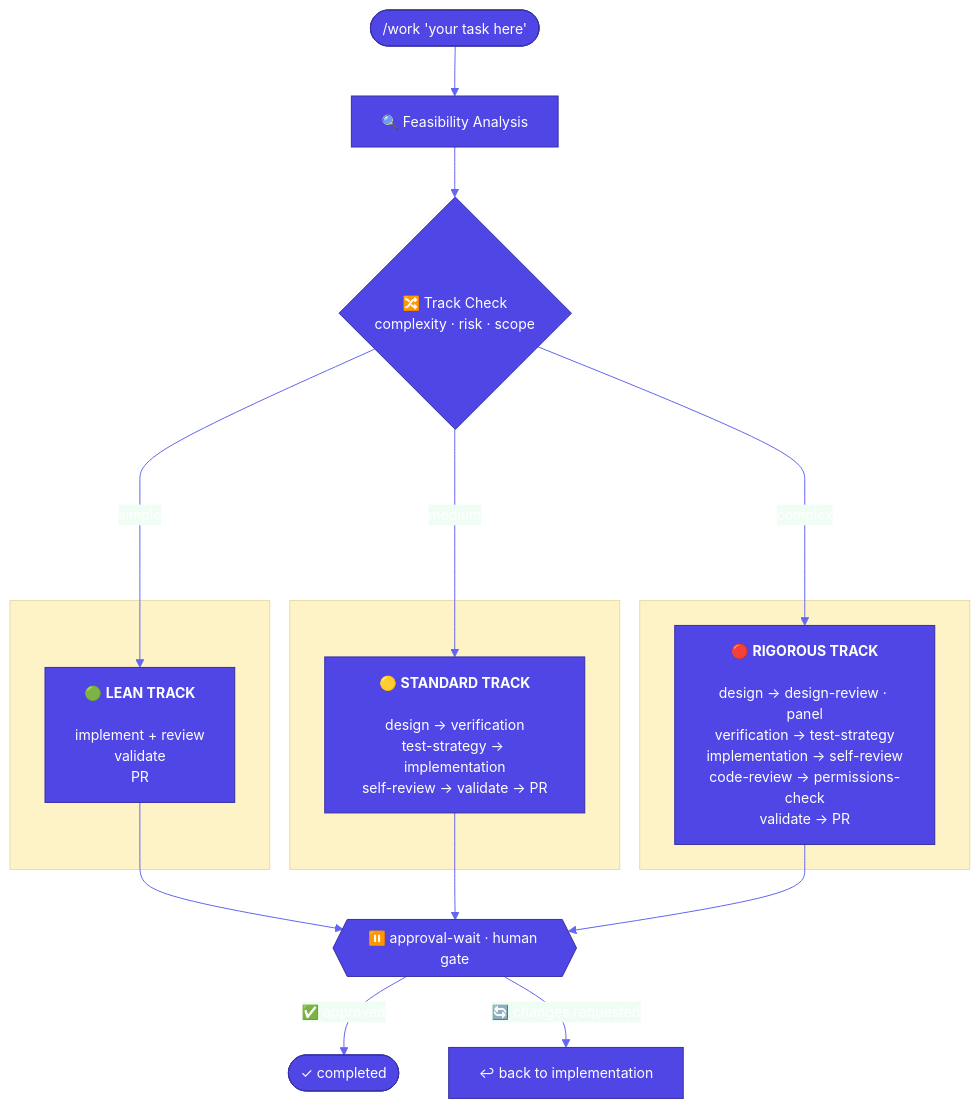
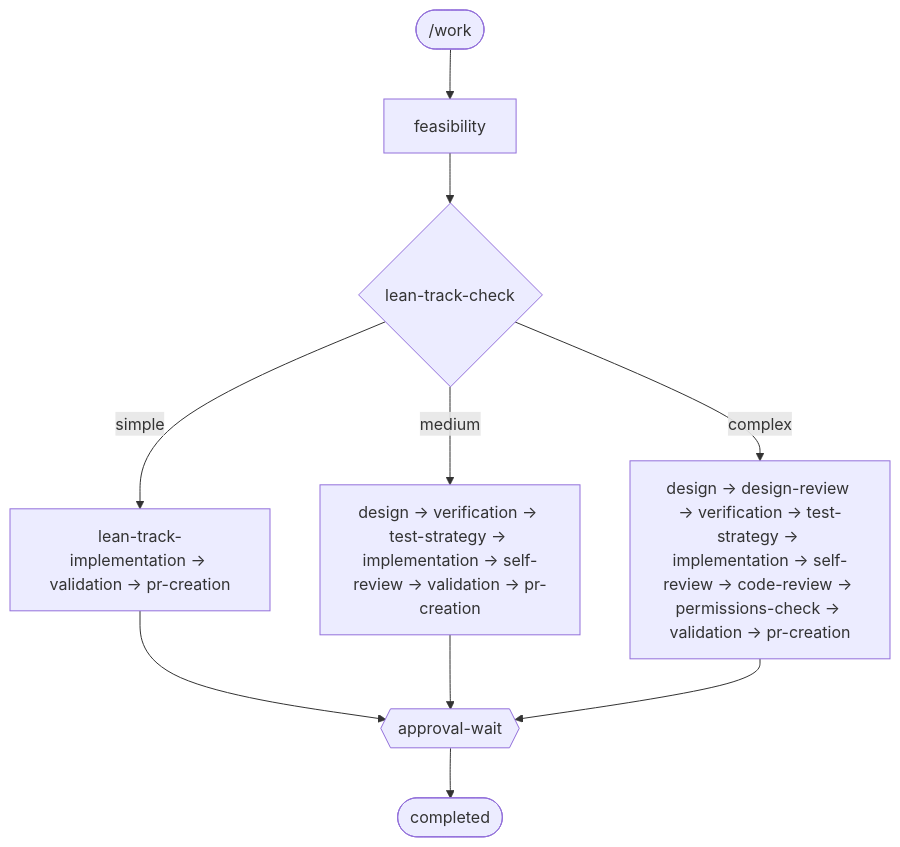
The first of 2 diagrams in README.md (surajSFDC/agentic-swe), drawn with Mermaid before and after one commit. The commit also changed other lines of this file and 4 other files, not shown here.

````diff
--- a/README.md
+++ b/README.md
@@ -20,40 +26,14 @@
 ```mermaid
-%%{init: {'theme': 'base', 'themeVariables': { 'primaryColor': '#4f46e5', 'primaryTextColor': '#ffffff', 'primaryBorderColor': '#3730a3', 'secondaryColor': '#f0fdf4', 'tertiaryColor': '#fef3c7', 'lineColor': '#6366f1', 'textColor': '#1e293b', 'fontSize': '14px' }}}%%
+flowchart TD
+    start(["/work"]) --> feasibility["feasibility"]
+    feasibility --> check{"lean-track-check"}
 
-flowchart TD
-    start(["/work 'your task here'"])
-    start --> feasibility
+    check -->|"simple"| lean["lean-track-implementation → validation → pr-creation"]
+    check -->|"medium"| std["design → verification → test-strategy → implementation → self-review → validation → pr-creation"]
+    check -->|"complex"| rig["design → design-review → verification → test-strategy → implementation → self-review → code-review → permissions-check → validation → pr-creation"]
 
-    feasibility["🔍 Feasibility Analysis"]
-    feasibility --> trackCheck
-
-    trackCheck{"🔀 Track Check<br/>complexity · risk · scope"}
-
-    trackCheck -- "simple" ----> lean
-    trackCheck -- "medium" ----> standard
-    trackCheck -- "complex" ----> rigorous
-
-    subgraph leanGroup [" "]
-        lean["🟢 <b>LEAN TRACK</b><br/><br/>implement + review<br/>validate<br/>PR"]
-    end
-
-    subgraph standardGroup [" "]
-        standard["🟡 <b>STANDARD TRACK</b><br/><br/>design → verification<br/>test-strategy → implementation<br/>self-review → validate → PR"]
-    end
-
-    subgraph rigorousGroup [" "]
-        rigorous["🔴 <b>RIGOROUS TRACK</b><br/><br/>design → design-review · panel<br/>verification → test-strategy<br/>implementation → self-review<br/>code-review → permissions-check<br/>validate → PR"]
-    end
-
-    lean --> approval
-    standard --> approval
-    rigorous --> approval
-
-    approval{{"⏸️ approval-wait · human gate"}}
-
-    approval -- "✅ approved" --> done
-    approval -- "🔄 changes requested" --> rework
-
-    done(["✓ completed"])
-    rework["↩ back to implementation"]
+    lean --> gate{{"approval-wait"}}
+    std --> gate
+    rig --> gate
+    gate --> done(["completed"])
 ```
````
